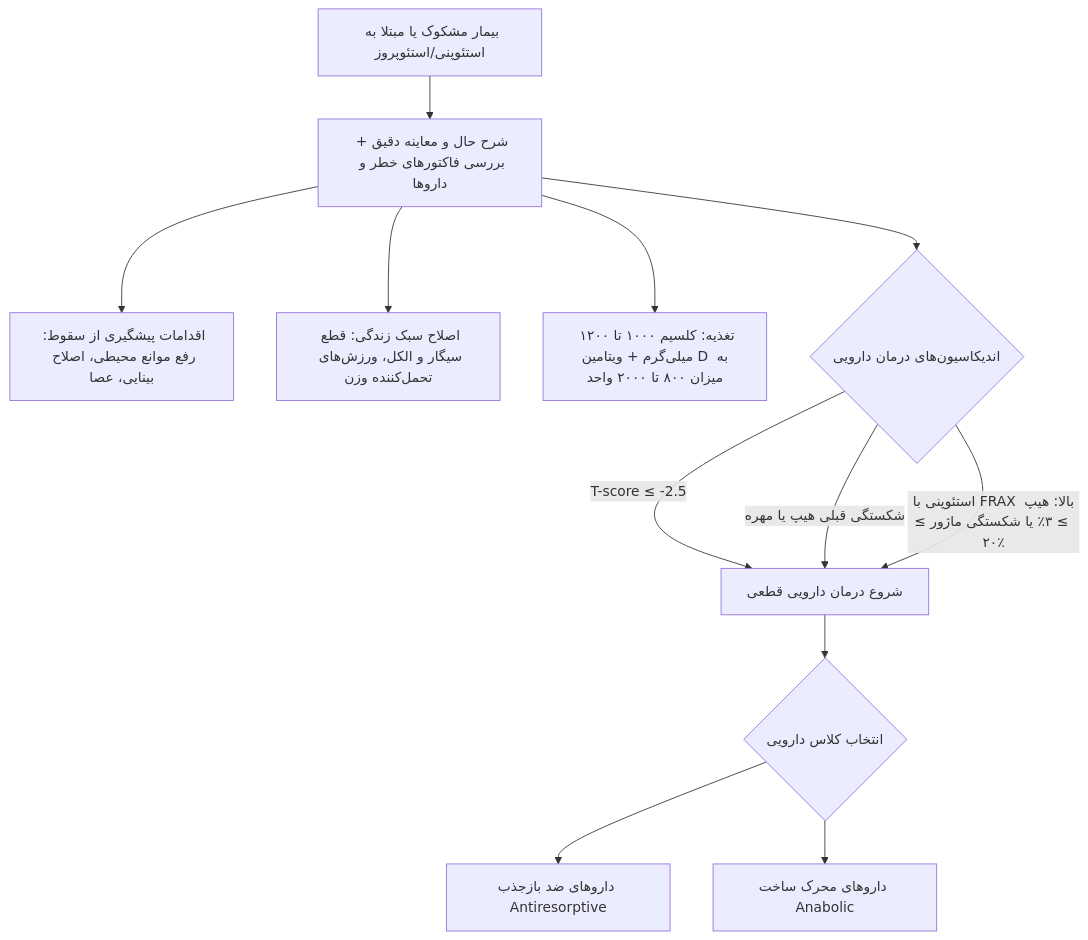
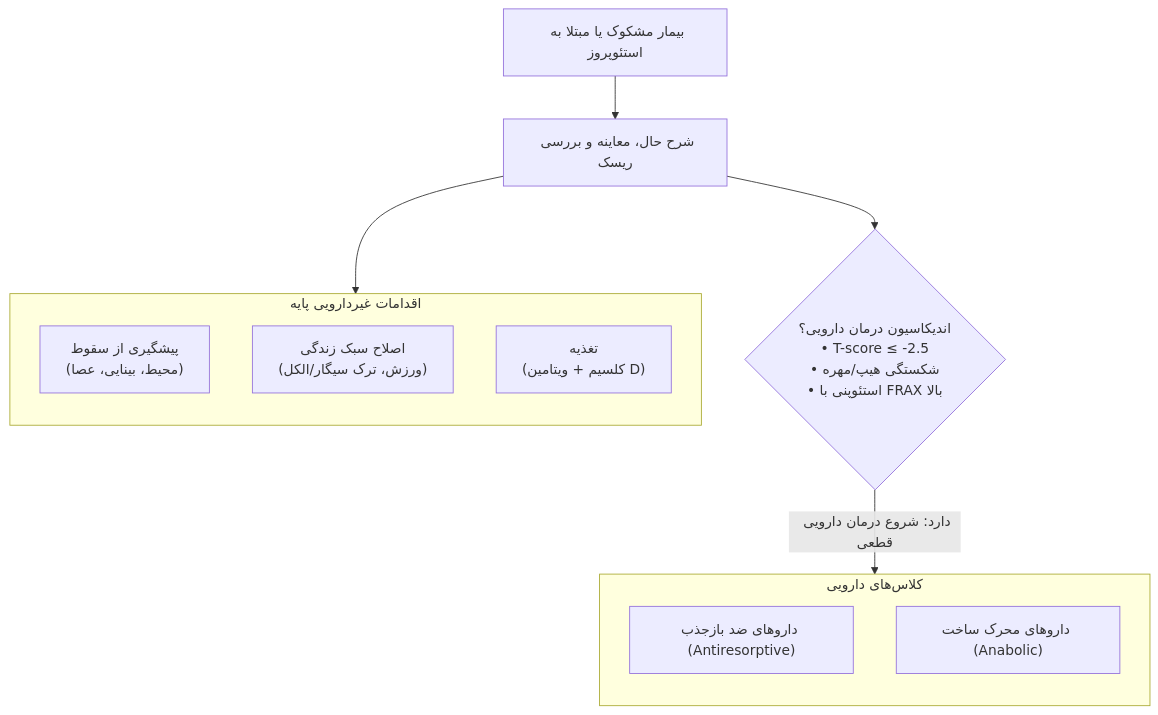
The seventh of 8 diagrams in 07/مبانی غدد/متابولیسم استخوان.md (neopulse-hub/TUMS-1402-1-neo), drawn with Mermaid before and after one commit. The commit also changed other lines of this file, not shown here.

Commit message:
Update متابولیسم استخوان.md

````diff
--- a/07/مبانی غدد/متابولیسم استخوان.md
+++ b/07/مبانی غدد/متابولیسم استخوان.md
@@ -267,16 +267,25 @@
 ```mermaid
 flowchart TD
-    Patient[بیمار مشکوک یا مبتلا به استئوپنی/استئوپروز] --> HxPE[شرح حال و معاینه دقیق + بررسی فاکتورهای خطر و داروها]
-    HxPE --> FallPrev[اقدامات پیشگیری از سقوط: رفع موانع محیطی، اصلاح بینایی، عصا]
-    HxPE --> Life[اصلاح سبک زندگی: قطع سیگار و الکل، ورزش‌های تحمل‌کننده وزن]
-    HxPE --> Nutri[تغذیه: کلسیم ۱۰۰۰ تا ۱۲۰۰ میلی‌گرم + ویتامین D به میزان ۸۰۰ تا ۲۰۰۰ واحد]
-    
-    HxPE --> Decision{اندیکاسیون‌های درمان دارویی}
-    Decision -->|T-score ≤ -2.5| Meds[شروع درمان دارویی قطعی]
-    Decision -->|شکستگی قبلی هیپ یا مهره| Meds
-    Decision -->|استئوپنی با FRAX بالا: هیپ ≥ ۳٪ یا شکستگی ماژور ≥ ۲۰٪| Meds
-    
-    Meds --> DrugClass{انتخاب کلاس دارویی}
-    DrugClass --> AntiRes[داروهای ضد بازجذب Antiresorptive]
-    DrugClass --> Anabolic[داروهای محرک ساخت Anabolic]
+
+    Patient["بیمار مشکوک یا مبتلا به استئوپروز"] --> HxPE["شرح حال، معاینه و بررسی ریسک"]
+
+    subgraph NonPharm ["اقدامات غیردارویی پایه"]
+        direction TB
+        FallPrev["پیشگیری از سقوط<br>(محیط، بینایی، عصا)"]
+        Life["اصلاح سبک زندگی<br>(ورزش، ترک سیگار/الکل)"]
+        Nutri["تغذیه<br>(کلسیم + ویتامین D)"]
+    end
+
+    HxPE --> NonPharm
+
+    HxPE --> Decision{"اندیکاسیون درمان دارویی؟<br>• T-score ≤ -2.5<br>• شکستگی هیپ/مهره<br>• استئوپنی با FRAX بالا"}
+
+    Decision -->|دارد: شروع درمان دارویی قطعی| Drugs
+
+    subgraph Drugs ["کلاس‌های دارویی"]
+        direction TB
+        AntiRes["داروهای ضد بازجذب (Antiresorptive)"]
+        Anabolic["داروهای محرک ساخت (Anabolic)"]
+    end
+
 ```
````
